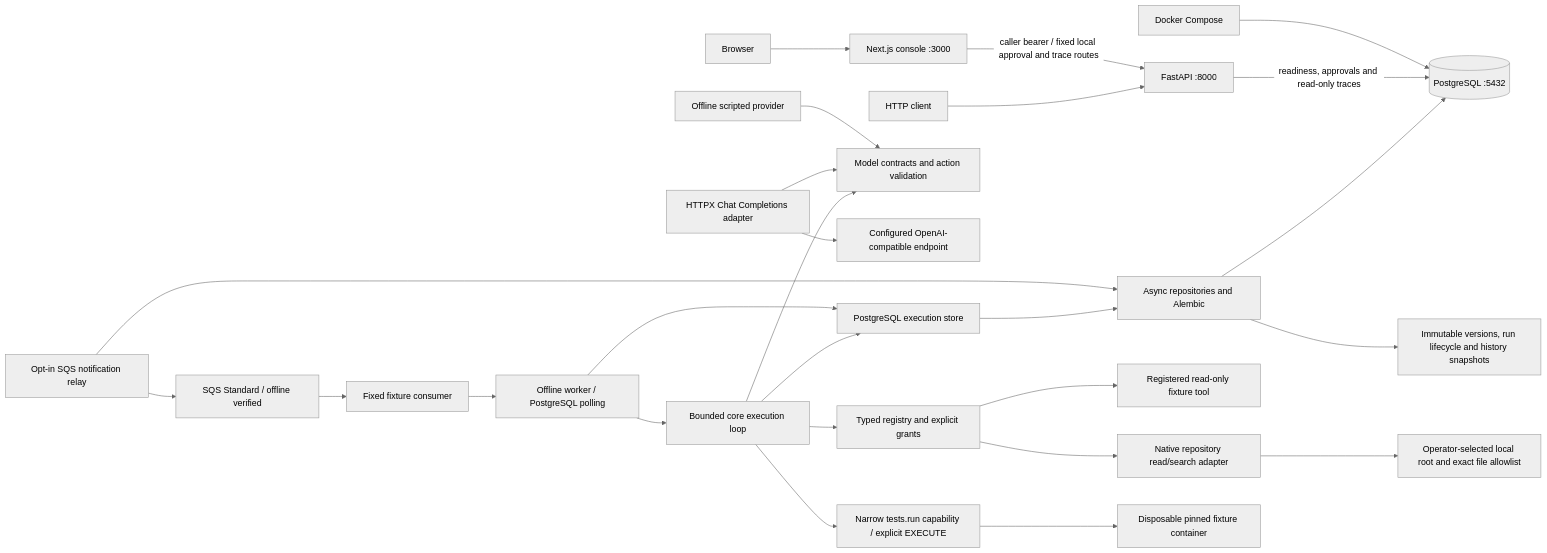
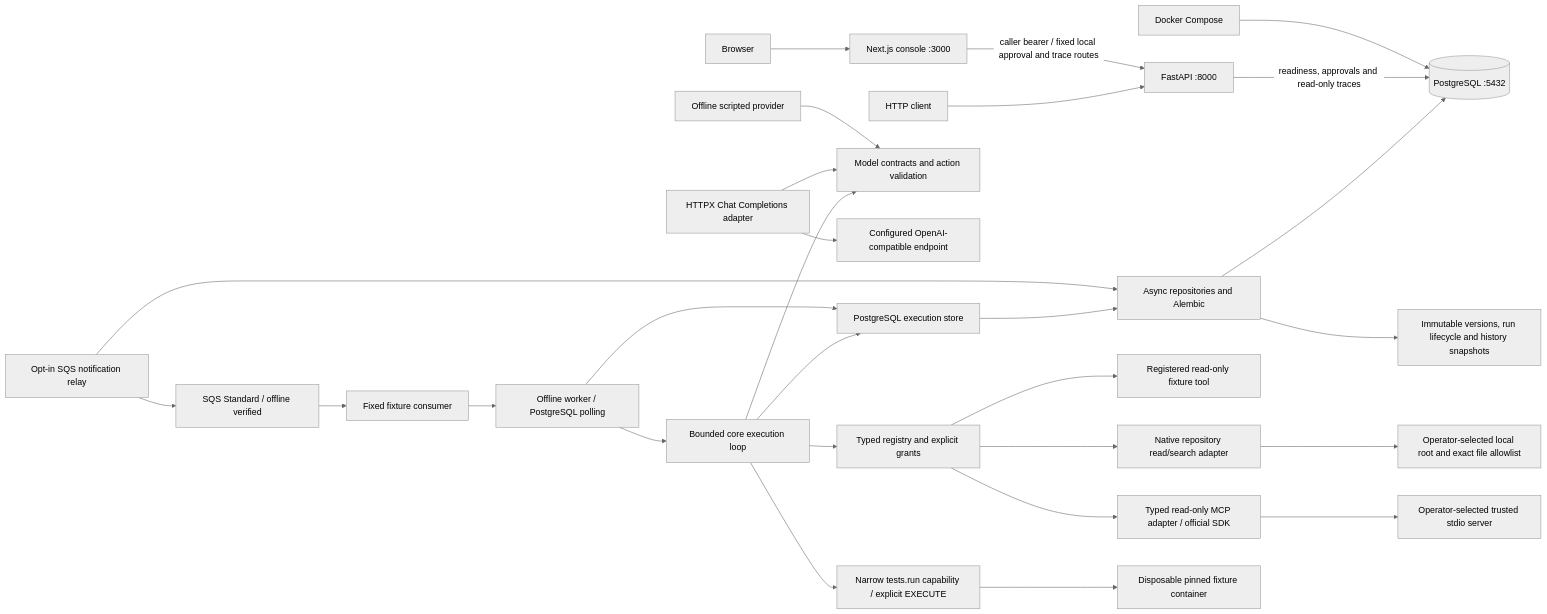
One commit to TaoM29/runveil changed the first of 2 diagrams in ARCHITECTURE.md. Above: the diagram before and after it, drawn with Mermaid (neutral theme). The commit also changed other lines of this file and 12 other files, not shown here.

Commit message:
feat: add read-only MCP tool integration

````diff
--- a/ARCHITECTURE.md
+++ b/ARCHITECTURE.md
@@ -5,28 +5,30 @@
 ```mermaid
 flowchart LR
     Browser --> Web[Next.js console :3000]
     Web -->|caller bearer / fixed local approval and trace routes| API
     Client[HTTP client] --> API[FastAPI :8000]
     Compose[Docker Compose] --> PG[(PostgreSQL :5432)]
     API -->|readiness, approvals and read-only traces| PG
     Persistence[Async repositories and Alembic] --> PG
     Persistence --> Domain[Immutable versions, run lifecycle and history snapshots]
     Scripted[Offline scripted provider] --> Contracts[Model contracts and action validation]
     Hosted[HTTPX Chat Completions adapter] --> Contracts
     Hosted --> Endpoint[Configured OpenAI-compatible endpoint]
     Worker[Offline worker / PostgreSQL polling] --> Runtime
     Worker --> Store
     Relay[Opt-in SQS notification relay] --> Persistence
     Relay --> SQS[SQS Standard / offline verified]
     SQS --> Consumer[Fixed fixture consumer]
     Consumer --> Worker
     Runtime[Bounded core execution loop] --> Contracts
     Runtime --> Store[PostgreSQL execution store]
     Store --> Persistence
     Runtime --> Tools[Typed registry and explicit grants]
     Tools --> Fixture[Registered read-only fixture tool]
     Tools --> Repository[Native repository read/search adapter]
+    Tools --> MCP[Typed read-only MCP adapter / official SDK]
+    MCP --> MCPServer[Operator-selected trusted stdio server]
     Repository --> Checkout[Operator-selected local root and exact file allowlist]
     Runtime --> SandboxTests[Narrow tests.run capability / explicit EXECUTE]
     SandboxTests --> Docker[Disposable pinned fixture container]
 ```
````
